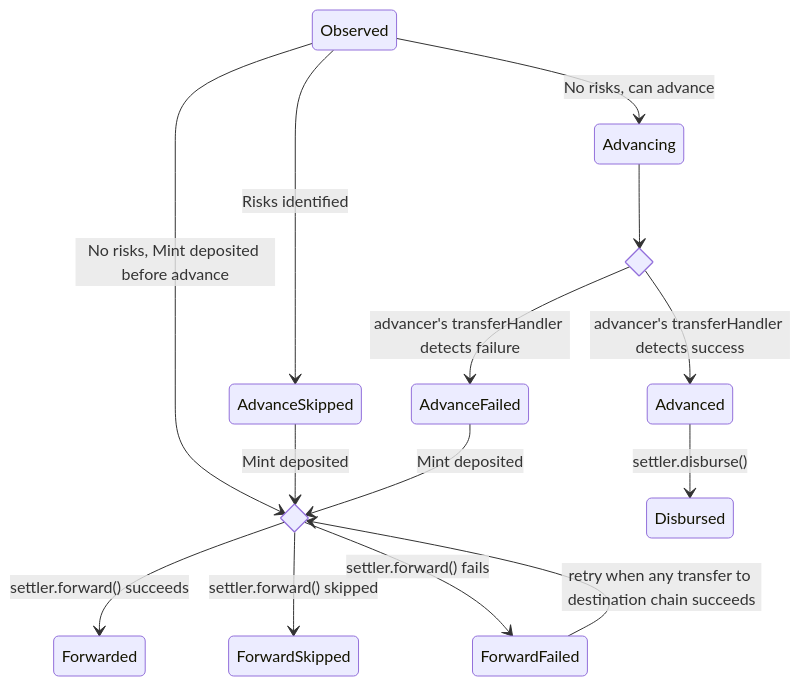
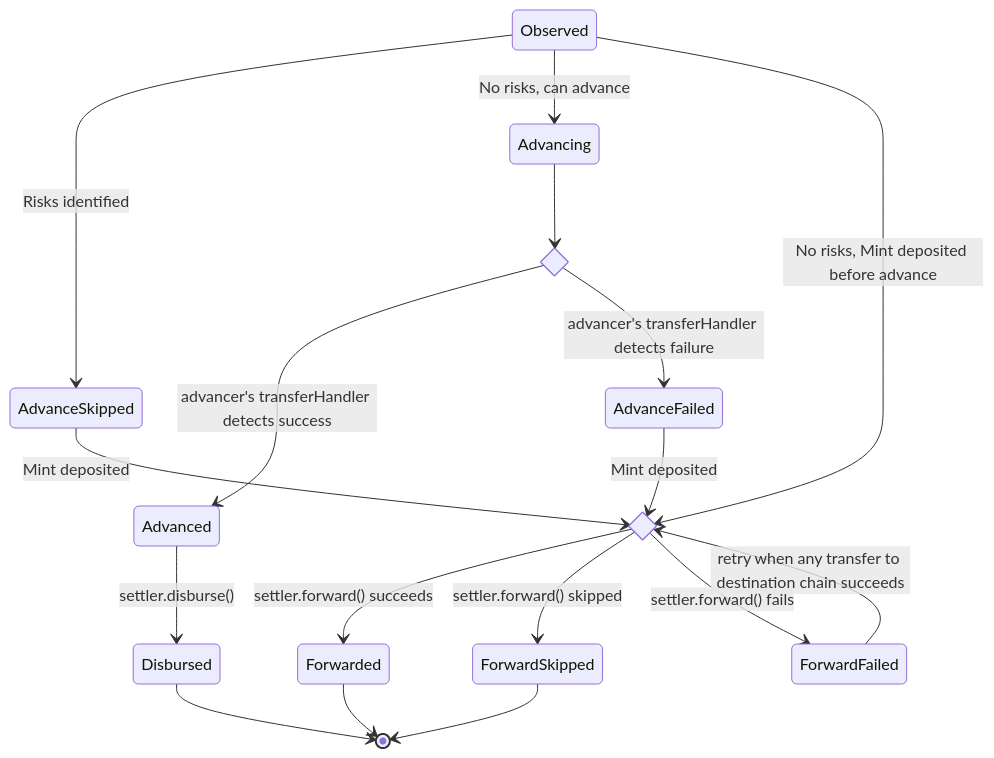
The third of 3 diagrams in packages/fast-usdc-contract/README.md (Agoric/agoric-sdk), drawn with Mermaid before and after one commit.

Commit message:
docs: terminal states

````diff
--- a/packages/fast-usdc-contract/README.md
+++ b/packages/fast-usdc-contract/README.md
@@ -80,20 +80,25 @@
 ```mermaid
 stateDiagram-v2
   state Forwarding <<choice>>
   state AdvancingChoice <<choice>>
 
   Observed --> AdvanceSkipped : Risks identified
   Observed --> Advancing : No risks, can advance
   Observed --> Forwarding : No risks, Mint deposited before advance
 
   Forwarding --> Forwarded : settler.forward() succeeds
   Forwarding --> ForwardSkipped : settler.forward() skipped
   Advancing --> AdvancingChoice
   AdvancingChoice --> Advanced : advancer's transferHandler detects success
   Advanced --> Disbursed : settler.disburse()
   AdvanceSkipped --> Forwarding : Mint deposited
   AdvanceFailed --> Forwarding : Mint deposited
   AdvancingChoice --> AdvanceFailed : advancer's transferHandler detects failure
   Forwarding --> ForwardFailed : settler.forward() fails
   ForwardFailed --> Forwarding : retry when any transfer to destination chain succeeds
+
+  # Terminal states
+  Disbursed --> [*]
+  Forwarded --> [*]
+  ForwardSkipped --> [*]
 ```
````
